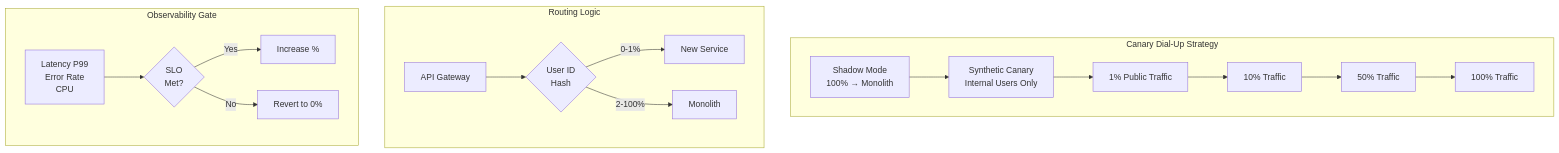
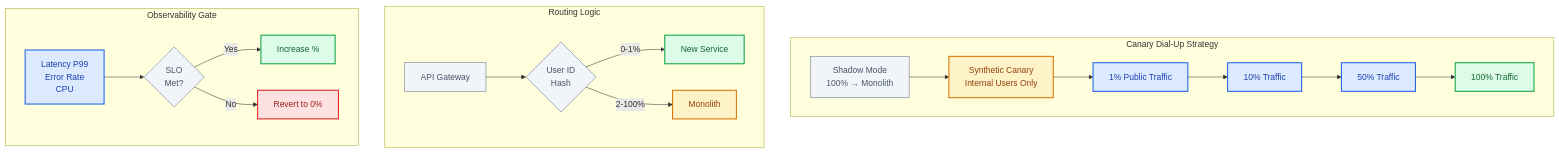
The fifth of 5 diagrams in gemini-responses/strangler-fig-pattern-20260120-0919.md (udaytamma/Cyrus), drawn with Mermaid before and after one commit. The commit also changed other lines of this file and 28 other files, not shown here.

First line of the commit message:
Upgrade Knowledge Base Mermaid diagrams to professional styling

````diff
--- a/gemini-responses/strangler-fig-pattern-20260120-0919.md
+++ b/gemini-responses/strangler-fig-pattern-20260120-0919.md
@@ -336,22 +382,40 @@
 ```mermaid
 flowchart TB
-    subgraph "Canary Dial-Up Strategy"
+    subgraph DialUp["Canary Dial-Up Strategy"]
         Start[Shadow Mode<br/>100% → Monolith] --> C1["Synthetic Canary<br/>Internal Users Only"]
         C1 --> C2["1% Public Traffic"]
         C2 --> C3["10% Traffic"]
         C3 --> C4["50% Traffic"]
         C4 --> C5["100% Traffic"]
     end
 
-    subgraph "Routing Logic"
+    subgraph Routing["Routing Logic"]
         Facade[API Gateway] --> Hash{User ID<br/>Hash}
         Hash -->|"0-1%"| New[New Service]
         Hash -->|"2-100%"| Old[Monolith]
     end
 
-    subgraph "Observability Gate"
+    subgraph Observability["Observability Gate"]
         Metrics[Latency P99<br/>Error Rate<br/>CPU] --> Check{SLO<br/>Met?}
         Check -->|Yes| Proceed[Increase %]
         Check -->|No| Rollback[Revert to 0%]
     end
+
+    classDef primary fill:#dbeafe,stroke:#2563eb,color:#1e40af,stroke-width:2px
+    classDef success fill:#dcfce7,stroke:#16a34a,color:#166534,stroke-width:2px
+    classDef warning fill:#fef3c7,stroke:#d97706,color:#92400e,stroke-width:2px
+    classDef error fill:#fee2e2,stroke:#dc2626,color:#991b1b,stroke-width:2px
+    classDef neutral fill:#f1f5f9,stroke:#64748b,color:#475569,stroke-width:1px
+
+    class Start neutral
+    class C1 warning
+    class C2,C3,C4 primary
+    class C5 success
+    class Facade,Hash neutral
+    class New success
+    class Old warning
+    class Metrics primary
+    class Check neutral
+    class Proceed success
+    class Rollback error
 ```
````
